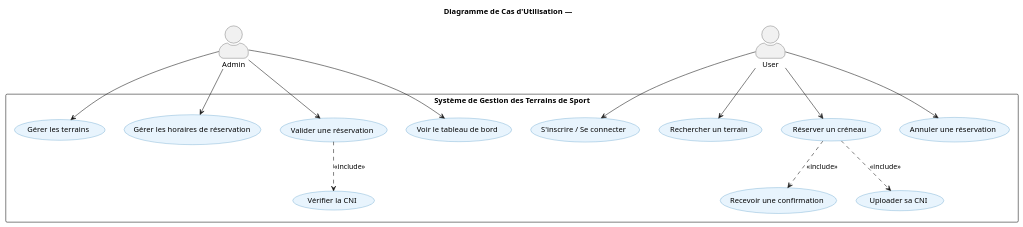
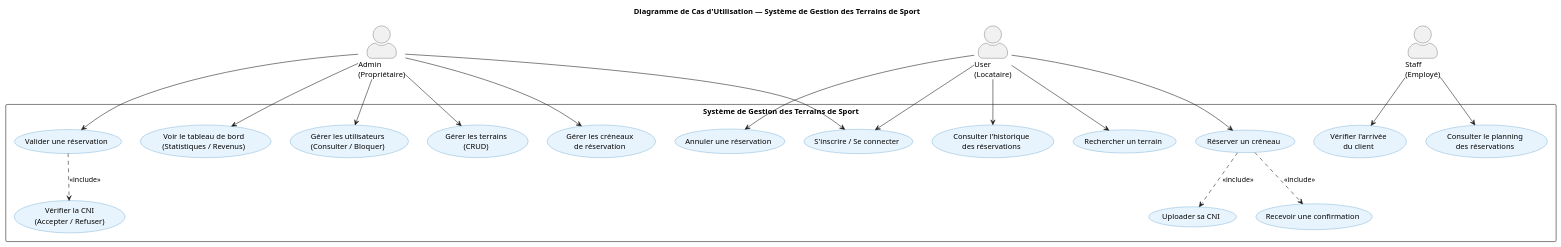
One commit to Adnane-x87/Project-Final changed the diagram in Analyse/cas_utilisation/use_case.puml. Above: the diagram before and after it, drawn with PlantUML. The commit also changed 7 other files, not shown here.

```diff
--- a/Analyse/cas_utilisation/use_case.puml
+++ b/Analyse/cas_utilisation/use_case.puml
@@ -1,40 +1,60 @@
 @startuml
-title Diagramme de Cas d'Utilisation — 
+title Diagramme de Cas d'Utilisation — Système de Gestion des Terrains de Sport
 
 skinparam actorStyle awesome
 skinparam usecase {
     BackgroundColor #E8F4FD
     BorderColor #2980B9
 }
 
-actor "Admin" as Admin
-actor "User" as User
+actor "Admin\n(Propriétaire)" as Admin
+actor "User\n(Locataire)" as User
+actor "Staff\n(Employé)" as Staff
 
 rectangle "Système de Gestion des Terrains de Sport" {
-    usecase "Gérer les terrains" as UC1
-    usecase "Gérer les horaires de réservation" as UC2
-    usecase "Valider une réservation" as UC3
-    usecase "Vérifier la CNI" as UC4
-    usecase "Voir le tableau de bord" as UC5
 
-    usecase "S'inscrire / Se connecter" as UC6
-    usecase "Rechercher un terrain" as UC7
-    usecase "Réserver un créneau" as UC8
-    usecase "Uploader sa CNI" as UC9
-    usecase "Recevoir une confirmation" as UC10
-    usecase "Annuler une réservation" as UC11
+    ' --- Admin use cases ---
+    usecase "S'inscrire / Se connecter" as UC1
+    usecase "Gérer les terrains\n(CRUD)" as UC2
+    usecase "Gérer les créneaux\nde réservation" as UC3
+    usecase "Valider une réservation" as UC4
+    usecase "Vérifier la CNI\n(Accepter / Refuser)" as UC5
+    usecase "Voir le tableau de bord\n(Statistiques / Revenus)" as UC6
+    usecase "Gérer les utilisateurs\n(Consulter / Bloquer)" as UC7
+
+    ' --- User use cases ---
+    usecase "Rechercher un terrain" as UC8
+    usecase "Réserver un créneau" as UC9
+    usecase "Uploader sa CNI" as UC10
+    usecase "Recevoir une confirmation" as UC11
+    usecase "Annuler une réservation" as UC12
+    usecase "Consulter l'historique\ndes réservations" as UC13
+
+    ' --- Staff use cases ---
+    usecase "Consulter le planning\ndes réservations" as UC14
+    usecase "Vérifier l'arrivée\ndu client" as UC15
 }
 
+' Admin relations
 Admin --> UC1
 Admin --> UC2
 Admin --> UC3
-Admin --> UC5
-UC3 ..> UC4 : <<include>>
+Admin --> UC4
+Admin --> UC6
+Admin --> UC7
+UC4 ..> UC5 : <<include>>
 
-User --> UC6
-User --> UC7
+' User relations
+User --> UC1
 User --> UC8
-User --> UC11
-UC8 ..> UC9 : <<include>>
-UC8 ..> UC10 : <<include>>
+User --> UC9
+User --> UC12
+User --> UC13
+UC9 ..> UC10 : <<include>>
+UC9 ..> UC11 : <<include>>
+
+' Staff relations
+Staff --> UC14
+Staff --> UC15
+
 @enduml
```
